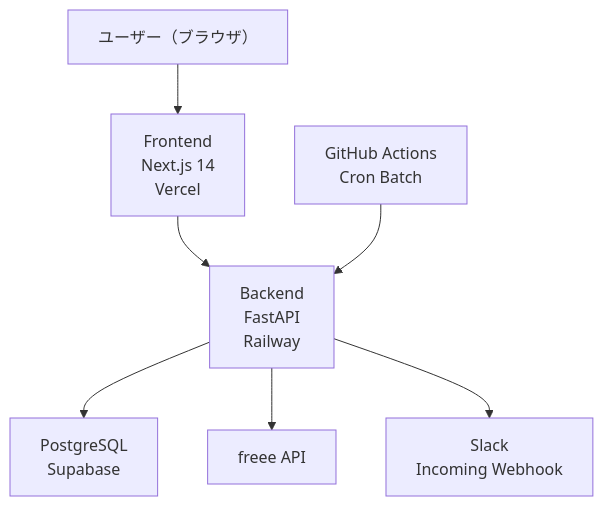
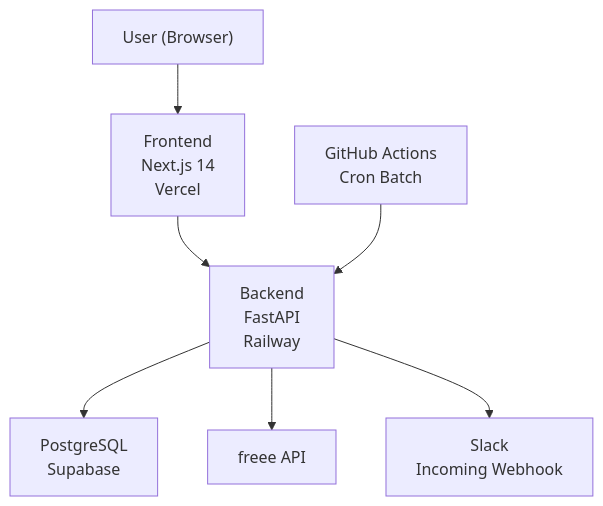
Before and after one commit to Ryosuke-Ha/invoice-manager: the diagram in README.md, drawn with Mermaid. The commit also changed other lines of this file, not shown here.

````diff
--- a/README.md
+++ b/README.md
@@ -15,17 +22,17 @@
 ```mermaid
 graph TB
-  User["ユーザー（ブラウザ）"]
+  User["User (Browser)"]
   FE["Frontend\nNext.js 14\nVercel"]
   BE["Backend\nFastAPI\nRailway"]
   DB["PostgreSQL\nSupabase"]
   Freee["freee API"]
   Slack["Slack\nIncoming Webhook"]
   GHA["GitHub Actions\nCron Batch"]
 
   User --> FE
   FE --> BE
   BE --> DB
   BE --> Freee
   BE --> Slack
   GHA --> BE
 ```
````
